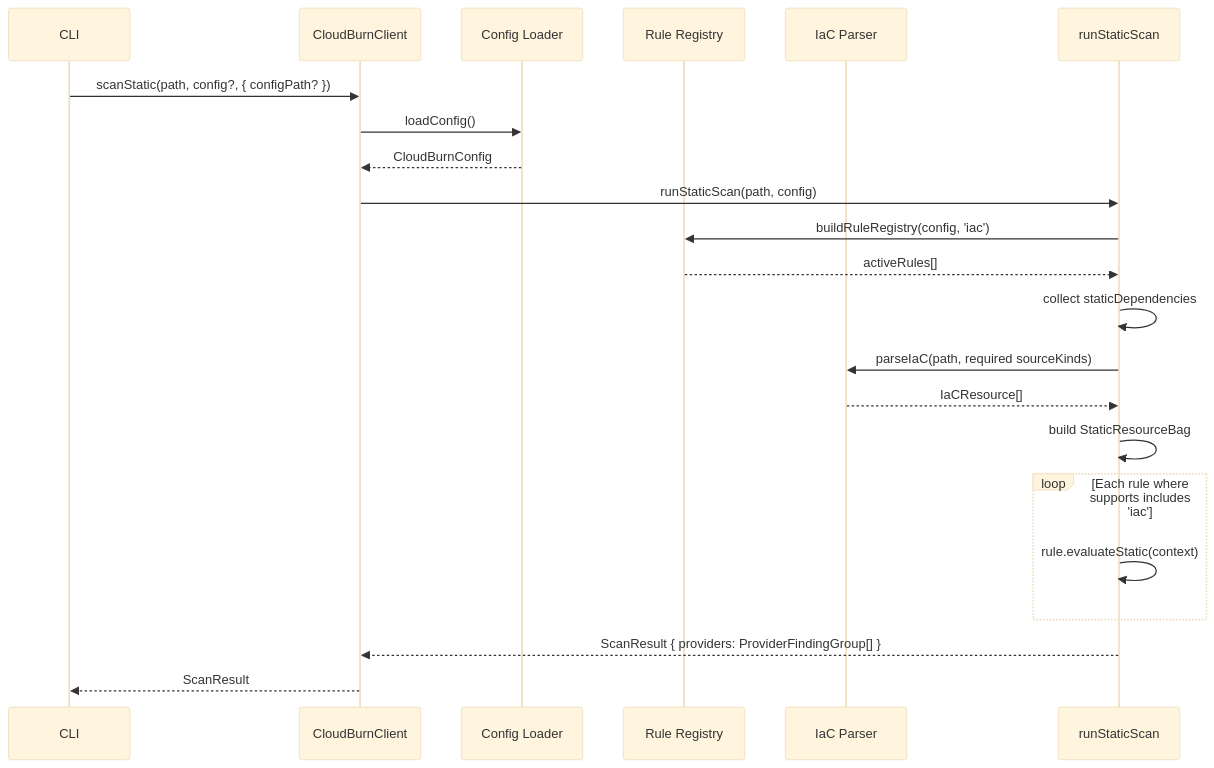
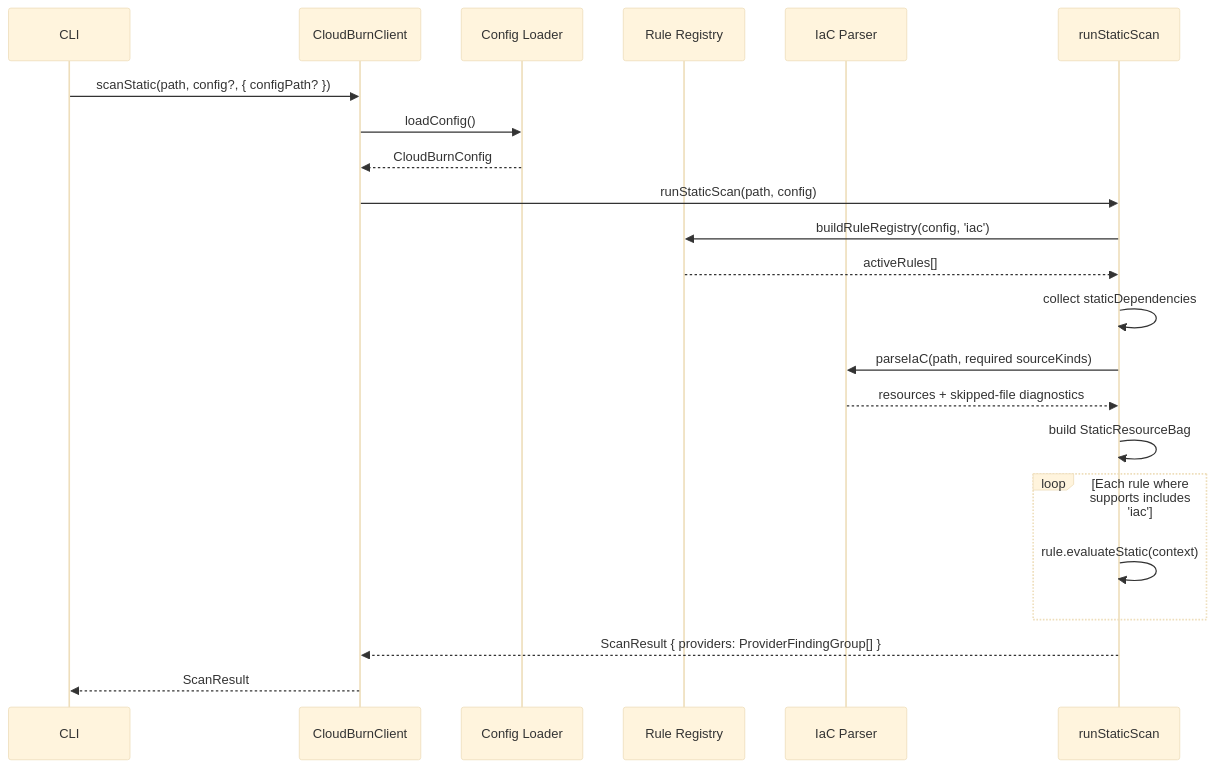
Before and after one commit to towardsthecloud/cloudburn: the second of 3 diagrams in docs/ARCHITECTURE.md, drawn with Mermaid (base theme). The commit also changed 16 other files, not shown here.

````diff
--- a/docs/ARCHITECTURE.md
+++ b/docs/ARCHITECTURE.md
@@ -19,25 +19,25 @@
 ```mermaid
 sequenceDiagram
   participant CLI
   participant Scanner as CloudBurnClient
   participant Config as Config Loader
   participant Registry as Rule Registry
   participant Parser as IaC Parser
   participant Engine as runStaticScan
 
   CLI->>Scanner: scanStatic(path, config?, { configPath? })
   Scanner->>Config: loadConfig()
   Config-->>Scanner: CloudBurnConfig
   Scanner->>Engine: runStaticScan(path, config)
   Engine->>Registry: buildRuleRegistry(config, 'iac')
   Registry-->>Engine: activeRules[]
   Engine->>Engine: collect staticDependencies
   Engine->>Parser: parseIaC(path, required sourceKinds)
-  Parser-->>Engine: IaCResource[]
+  Parser-->>Engine: resources + skipped-file diagnostics
   Engine->>Engine: build StaticResourceBag
   loop Each rule where supports includes 'iac'
     Engine->>Engine: rule.evaluateStatic(context)
   end
   Engine-->>Scanner: ScanResult { providers: ProviderFindingGroup[] }
   Scanner-->>CLI: ScanResult
 ```
````
